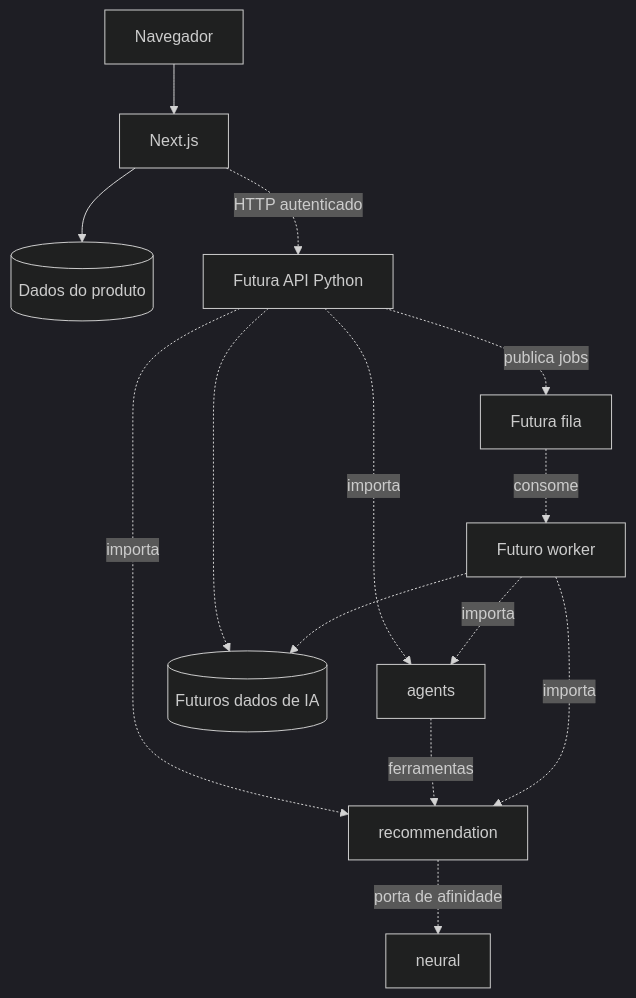
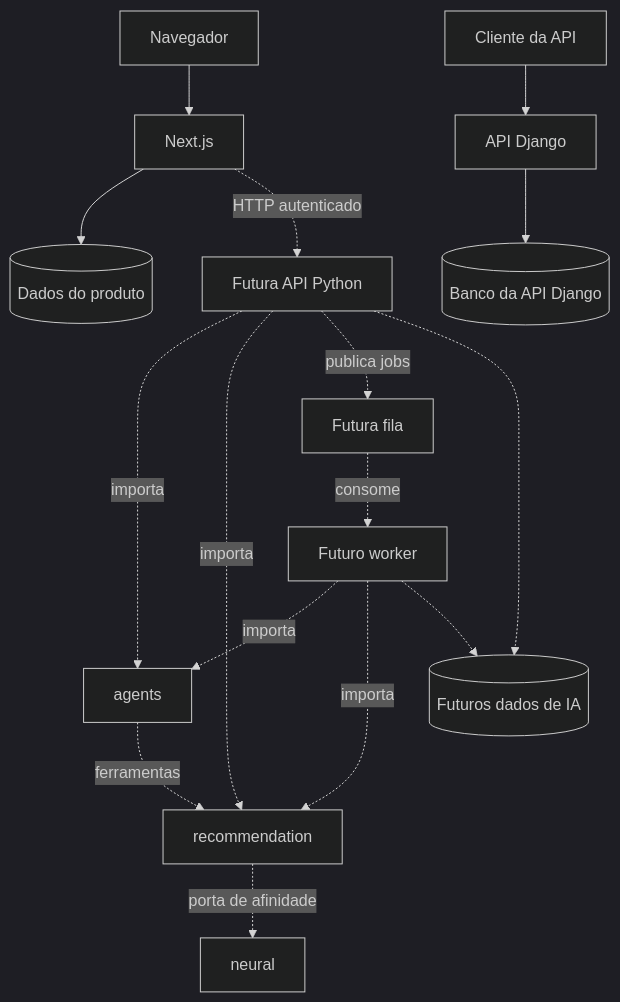
Before and after one commit to LucasSilvaC/Ratatouille-AI: the first of 2 diagrams in docs/architecture.md, drawn with Mermaid (dark theme). The commit also changed other lines of this file and 85 other files, not shown here.

````diff
--- a/docs/architecture.md
+++ b/docs/architecture.md
@@ -35,16 +42,18 @@
 ```mermaid
 flowchart TD
     Browser[Navegador] --> Web[Next.js]
     Web --> ProductDB[(Dados do produto)]
+    Client[Cliente da API] --> Django[API Django]
+    Django --> DjangoDB[(Banco da API Django)]
     Web -. HTTP autenticado .-> API[Futura API Python]
     API -. importa .-> Agents[agents]
     API -. importa .-> Recommendation[recommendation]
     Agents -. ferramentas .-> Recommendation
     Recommendation -. porta de afinidade .-> Neural[neural]
     API -. publica jobs .-> Queue[Futura fila]
     Queue -. consome .-> Worker[Futuro worker]
     Worker -. importa .-> Agents
     Worker -. importa .-> Recommendation
     API -.-> AIDB[(Futuros dados de IA)]
     Worker -.-> AIDB
 ```
````
